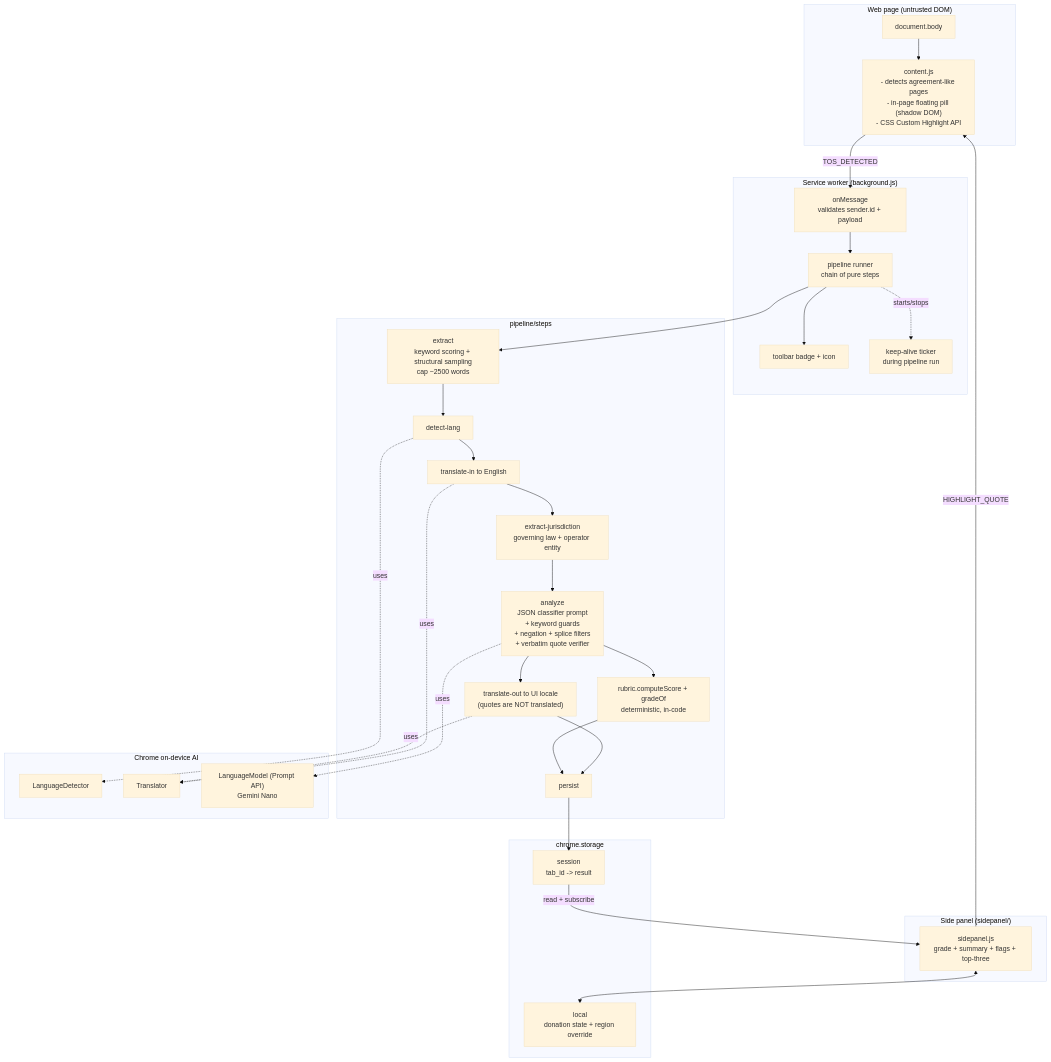
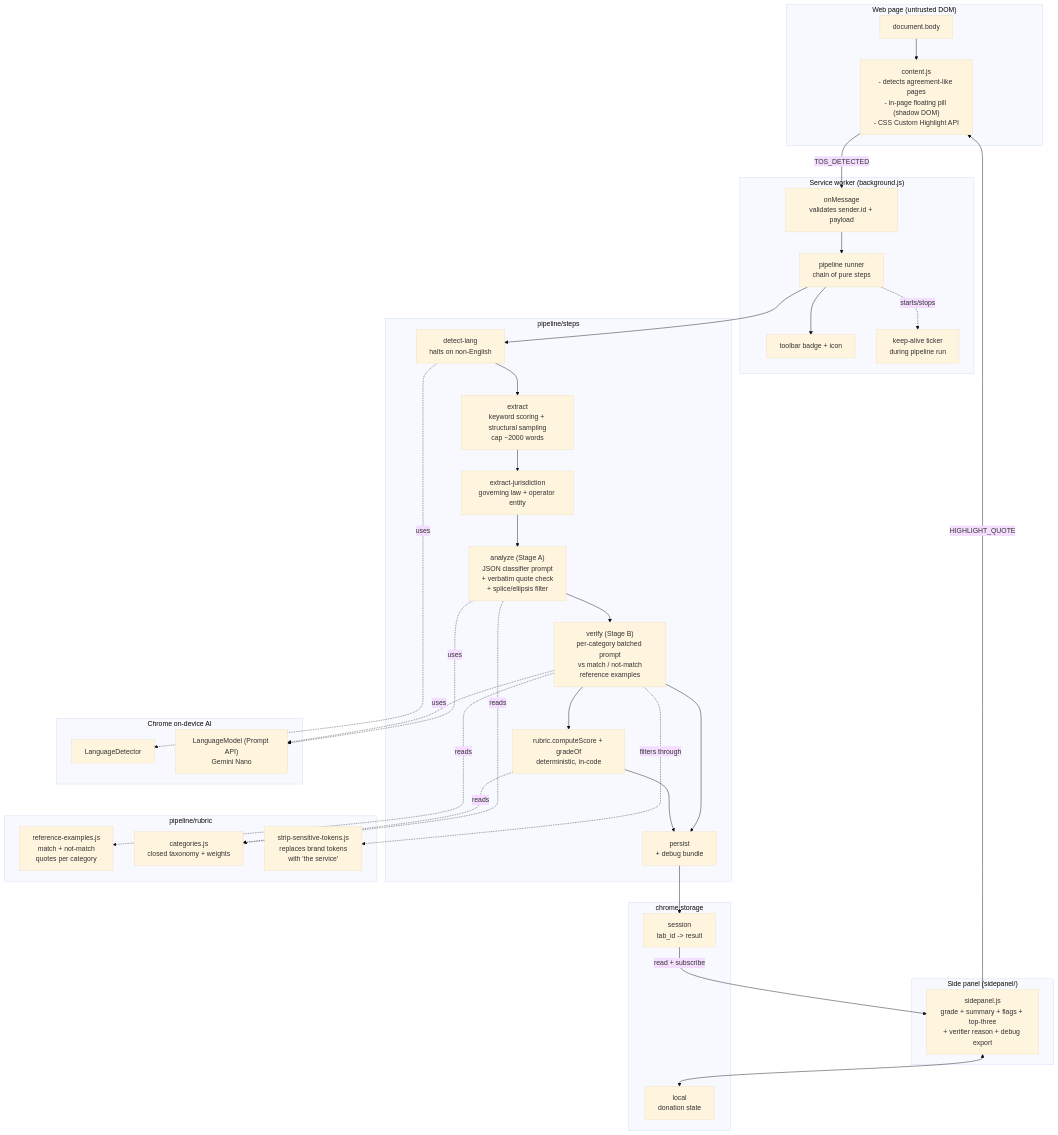
The diagram in README.md (lum1nxus/Assent), drawn with Mermaid (base theme) before and after one commit. The commit also changed other lines of this file and 78 other files, not shown here.

````diff
--- a/README.md
+++ b/README.md
@@ -66,59 +76,66 @@
 ```mermaid
 flowchart TB
     subgraph PAGE["Web page (untrusted DOM)"]
         DOM["document.body"]
         CS["content.js<br/>- detects agreement-like pages<br/>- in-page floating pill (shadow DOM)<br/>- CSS Custom Highlight API"]
     end
 
     subgraph SW["Service worker (background.js)"]
         MSG["onMessage<br/>validates sender.id + payload"]
         ORCH["pipeline runner<br/>chain of pure steps"]
         BADGE["toolbar badge + icon"]
         KA["keep-alive ticker<br/>during pipeline run"]
     end
 
     subgraph PIPE["pipeline/steps"]
-        EX["extract<br/>keyword scoring + structural sampling<br/>cap ~2500 words"]
-        DL["detect-lang"]
-        TI["translate-in to English"]
+        DL["detect-lang<br/>halts on non-English"]
+        EX["extract<br/>keyword scoring + structural sampling<br/>cap ~2000 words"]
         JU["extract-jurisdiction<br/>governing law + operator entity"]
-        AN["analyze<br/>JSON classifier prompt<br/>+ keyword guards<br/>+ negation + splice filters<br/>+ verbatim quote verifier"]
+        AN["analyze (Stage A)<br/>JSON classifier prompt<br/>+ verbatim quote check<br/>+ splice/ellipsis filter"]
+        VE["verify (Stage B)<br/>per-category batched prompt<br/>vs match / not-match<br/>reference examples"]
         RU["rubric.computeScore + gradeOf<br/>deterministic, in-code"]
-        TO["translate-out to UI locale<br/>(quotes are NOT translated)"]
-        PE["persist"]
+        PE["persist<br/>+ debug bundle"]
     end
 
     subgraph AI["Chrome on-device AI"]
         LD["LanguageDetector"]
-        TR["Translator"]
         LM["LanguageModel (Prompt API)<br/>Gemini Nano"]
+    end
+
+    subgraph REF["pipeline/rubric"]
+        REFEX["reference-examples.js<br/>match + not-match<br/>quotes per category"]
+        CATS["categories.js<br/>closed taxonomy + weights"]
+        STRIP["strip-sensitive-tokens.js<br/>replaces brand tokens<br/>with 'the service'"]
     end
 
     subgraph STORE["chrome.storage"]
         SES["session<br/>tab_id -> result"]
-        LOC["local<br/>donation state + region override"]
+        LOC["local<br/>donation state"]
     end
 
     subgraph SP["Side panel (sidepanel/)"]
-        UI["sidepanel.js<br/>grade + summary + flags + top-three"]
+        UI["sidepanel.js<br/>grade + summary + flags + top-three<br/>+ verifier reason + debug export"]
     end
 
     DOM --> CS
     CS -- TOS_DETECTED --> MSG
     MSG --> ORCH
-    ORCH --> EX --> DL --> TI --> JU --> AN --> TO --> PE
-    AN --> RU --> PE
+    ORCH --> DL --> EX --> JU --> AN --> VE --> PE
+    VE --> RU --> PE
 
     DL -. uses .-> LD
-    TI -. uses .-> TR
-    TO -. uses .-> TR
     AN -. uses .-> LM
+    VE -. uses .-> LM
+    VE -. reads .-> REFEX
+    VE -. filters through .-> STRIP
+    AN -. reads .-> CATS
+    RU -. reads .-> CATS
 
     PE --> SES
     ORCH -. starts/stops .-> KA
     ORCH --> BADGE
 
     SES -- read + subscribe --> UI
     UI -- HIGHLIGHT_QUOTE --> CS
     UI <--> LOC
 ```
````
